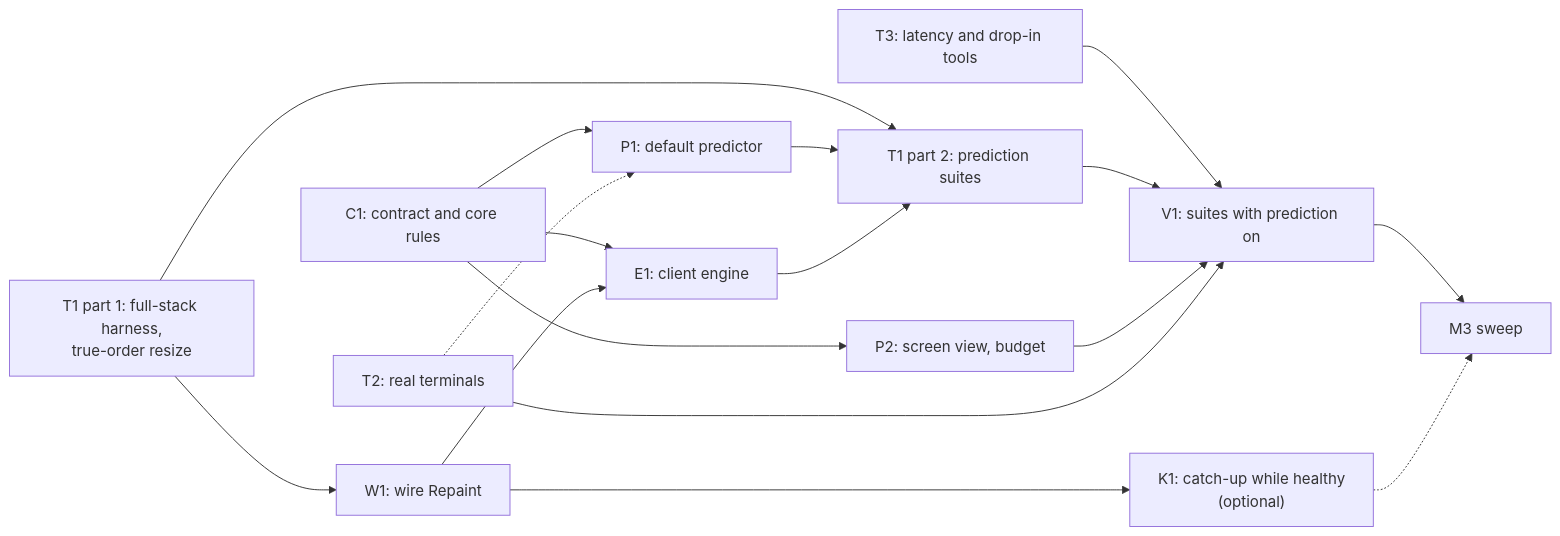
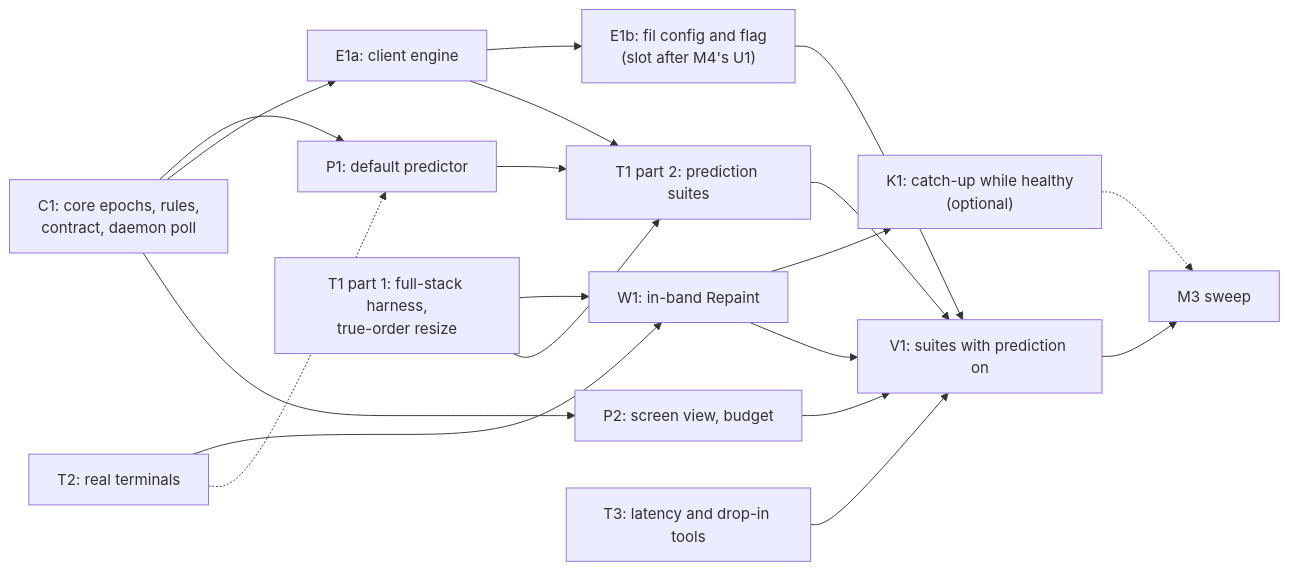
One commit to anthonytw/fil changed the second of 2 diagrams in docs/m3/plan.md. Above: the diagram before and after it, drawn with Mermaid. The commit also changed other lines of this file and 1 other file, not shown here.

````diff
--- a/docs/m3/plan.md
+++ b/docs/m3/plan.md
@@ -260,19 +322,21 @@
 ```mermaid
 flowchart LR
-  C1["C1: contract and core rules"] --> P1["P1: default predictor"]
-  C1 --> E1["E1: client engine"]
+  C1["C1: core epochs, rules,<br/>contract, daemon poll"] --> P1["P1: default predictor"]
+  C1 --> E1a["E1a: client engine"]
   C1 --> P2["P2: screen view, budget"]
-  T1a["T1 part 1: full-stack harness,<br/>true-order resize"] --> W1["W1: wire Repaint"]
-  W1 --> E1
+  T1a["T1 part 1: full-stack harness,<br/>true-order resize"] --> W1["W1: in-band Repaint"]
+  T2["T2: real terminals"] --> W1
+  T2 -.-> P1
+  E1a --> E1b["E1b: fil config and flag<br/>(slot after M4's U1)"]
   W1 --> K1["K1: catch-up while healthy<br/>(optional)"]
-  T2["T2: real terminals"] -.-> P1
   T1a --> T1b["T1 part 2: prediction suites"]
   P1 --> T1b
-  E1 --> T1b
+  E1a --> T1b
   T3["T3: latency and drop-in tools"] --> V1
   T1b --> V1["V1: suites with prediction on"]
   P2 --> V1
-  T2 --> V1
+  W1 --> V1
+  E1b --> V1
   V1 --> SW["M3 sweep"]
   K1 -.-> SW
 ```
````
